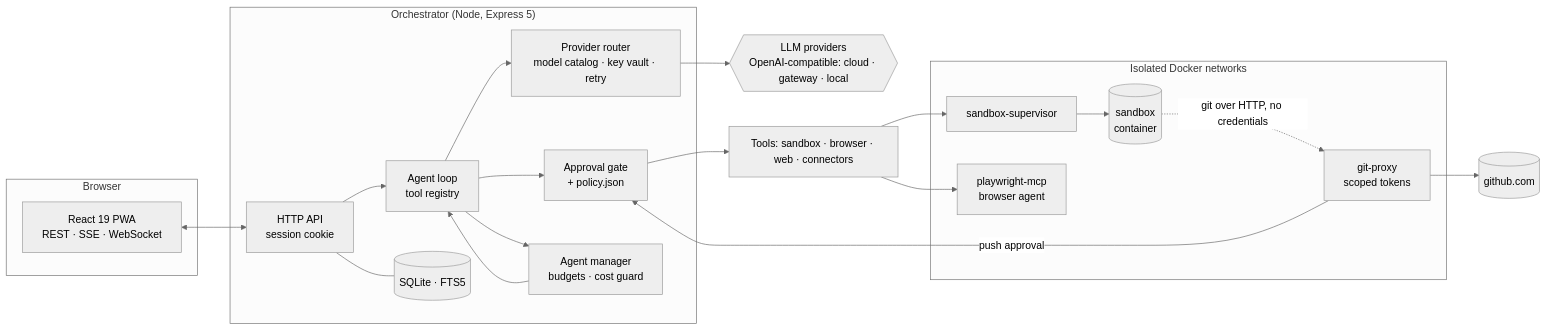
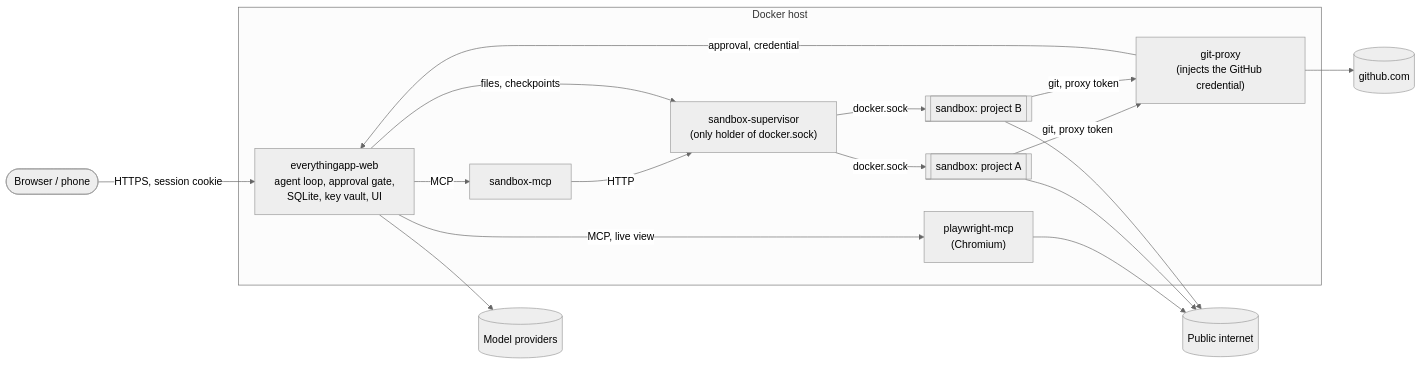
The diagram in README.md (prod-explore/everything-app), drawn with Mermaid (neutral theme) before and after one commit. The commit also changed other lines of this file and 2 other files, not shown here.

````diff
--- a/README.md
+++ b/README.md
@@ -56,28 +111,25 @@
 ```mermaid
 flowchart LR
-  subgraph Browser
-    UI[React 19 PWA<br/>REST · SSE · WebSocket]
+  user([Browser / phone]) -- "HTTPS, session cookie" --> web
+
+  subgraph host [Docker host]
+    web["everythingapp-web<br/>agent loop, approval gate,<br/>SQLite, key vault, UI"]
+    sup["sandbox-supervisor<br/>(only holder of docker.sock)"]
+    smcp[sandbox-mcp]
+    gp["git-proxy<br/>(injects the GitHub credential)"]
+    pw["playwright-mcp<br/>(Chromium)"]
+    sb1[["sandbox: project A"]]
+    sb2[["sandbox: project B"]]
   end
-  subgraph Orchestrator["Orchestrator (Node, Express 5)"]
-    API[HTTP API<br/>session cookie]
-    LOOP[Agent loop<br/>tool registry]
-    GATE[Approval gate<br/>+ policy.json]
-    ROUTER[Provider router<br/>model catalog · key vault · retry]
-    AGENTS[Agent manager<br/>budgets · cost guard]
-    DB[(SQLite · FTS5)]
-  end
-  subgraph Isolated["Isolated Docker networks"]
-    SUP[sandbox-supervisor] --> SBX[(sandbox<br/>container)]
-    PW[playwright-mcp<br/>browser agent]
-    GP[git-proxy<br/>scoped tokens]
-  end
-  UI <--> API
-  API --- DB
-  API --> LOOP --> ROUTER --> LLM{{"LLM providers<br/>OpenAI-compatible: cloud · gateway · local"}}
-  LOOP --> GATE --> TOOLS["Tools: sandbox · browser · web · connectors"]
-  LOOP --> AGENTS --> LOOP
-  TOOLS --> SUP
-  TOOLS --> PW
-  SBX -. git over HTTP, no credentials .-> GP --> GH[(github.com)]
-  GP -- push approval --> GATE
+
+  web -- MCP --> smcp -- HTTP --> sup
+  web -- "files, checkpoints" --> sup
+  sup -- "docker.sock" --> sb1 & sb2
+  web -- "MCP, live view" --> pw
+  sb1 & sb2 -- "git, proxy token" --> gp
+  gp -- "approval, credential" --> web
+  gp --> github[(github.com)]
+  web --> llm[(Model providers)]
+  pw --> internet[(Public internet)]
+  sb1 & sb2 --> internet
 ```
````
